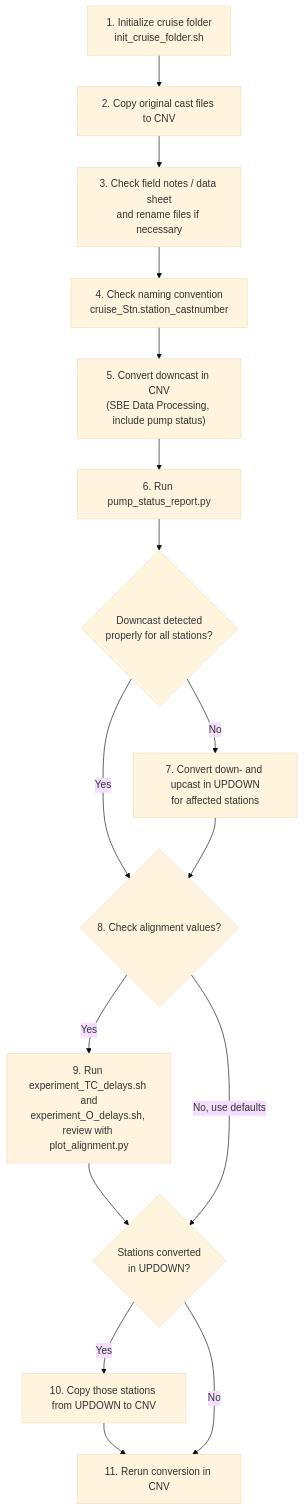
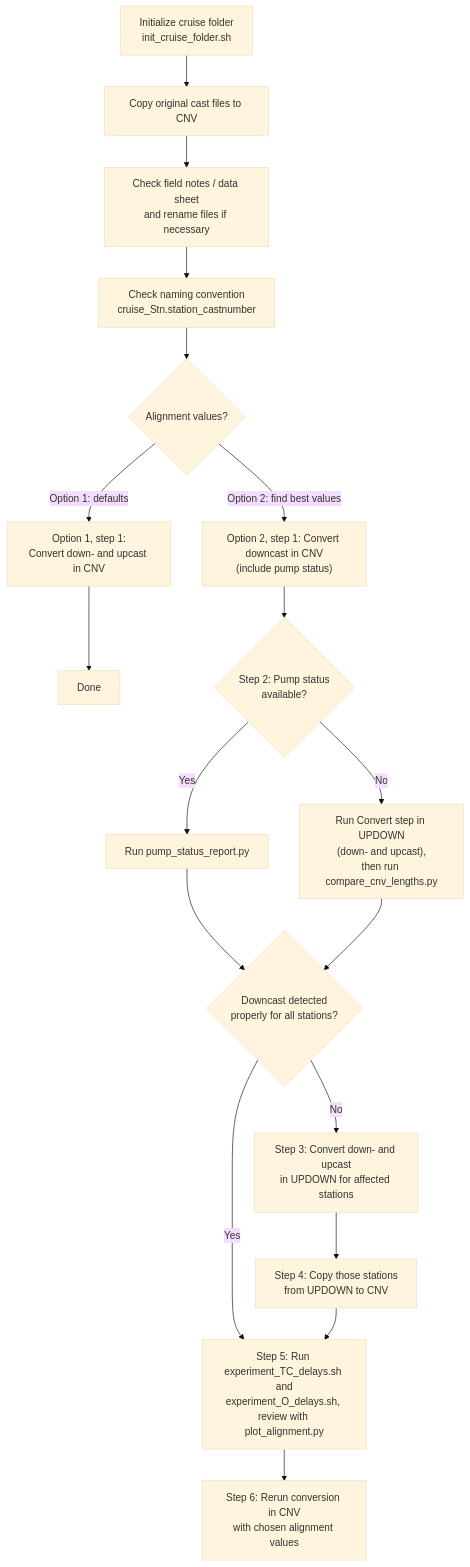
The diagram in README.md (GCOOS/SBE-Data-Processing-Toolkit), drawn with Mermaid (base theme) before and after one commit. The commit also changed other lines of this file and 4 other files, not shown here.

Commit message:
Improved Conductivity and Oxygen alignment scripts. Added max pressurte to compare_cnv_lengths script.

````diff
--- a/README.md
+++ b/README.md
@@ -34,24 +79,30 @@
 ```mermaid
 flowchart TD
-    S1["1. Initialize cruise folder<br/>init_cruise_folder.sh"]
-    S2["2. Copy original cast files to CNV"]
-    S3["3. Check field notes / data sheet<br/>and rename files if necessary"]
-    S4["4. Check naming convention<br/>cruise_Stn.station_castnumber"]
-    S5["5. Convert downcast in CNV<br/>(SBE Data Processing, include pump status)"]
-    S6["6. Run pump_status_report.py"]
-    D6{"Downcast detected<br/>properly for all stations?"}
-    S7["7. Convert down- and upcast in UPDOWN<br/>for affected stations"]
-    D8{"8. Check alignment values?"}
-    S9["9. Run experiment_TC_delays.sh and<br/>experiment_O_delays.sh, review with plot_alignment.py"]
-    D10{"Stations converted<br/>in UPDOWN?"}
-    S10["10. Copy those stations from UPDOWN to CNV"]
-    S11["11. Rerun conversion in CNV"]
+    P1["Initialize cruise folder<br/>init_cruise_folder.sh"]
+    P2["Copy original cast files to CNV"]
+    P3["Check field notes / data sheet<br/>and rename files if necessary"]
+    P4["Check naming convention<br/>cruise_Stn.station_castnumber"]
+    CHOICE{"Alignment values?"}
 
-    S1 --> S2 --> S3 --> S4 --> S5 --> S6 --> D6
-    D6 -- Yes --> D8
-    D6 -- No --> S7 --> D8
-    D8 -- Yes --> S9 --> D10
-    D8 -- "No, use defaults" --> D10
-    D10 -- Yes --> S10 --> S11
-    D10 -- No --> S11
+    A1["Option 1, step 1:<br/>Convert down- and upcast in CNV"]
+    DONE1["Done"]
+
+    B1["Option 2, step 1: Convert downcast in CNV<br/>(include pump status)"]
+    BP{"Step 2: Pump status<br/>available?"}
+    B2A["Run pump_status_report.py"]
+    B2B["Run Convert step in UPDOWN<br/>(down- and upcast),<br/>then run compare_cnv_lengths.py"]
+    BD2{"Downcast detected<br/>properly for all stations?"}
+    B3["Step 3: Convert down- and upcast<br/>in UPDOWN for affected stations"]
+    B4["Step 4: Copy those stations<br/>from UPDOWN to CNV"]
+    B5["Step 5: Run experiment_TC_delays.sh and<br/>experiment_O_delays.sh, review with plot_alignment.py"]
+    B6["Step 6: Rerun conversion in CNV<br/>with chosen alignment values"]
+
+    P1 --> P2 --> P3 --> P4 --> CHOICE
+    CHOICE -- "Option 1: defaults" --> A1 --> DONE1
+    CHOICE -- "Option 2: find best values" --> B1 --> BP
+    BP -- Yes --> B2A --> BD2
+    BP -- No --> B2B --> BD2
+    BD2 -- Yes --> B5
+    BD2 -- No --> B3 --> B4 --> B5
+    B5 --> B6
 ```
````
